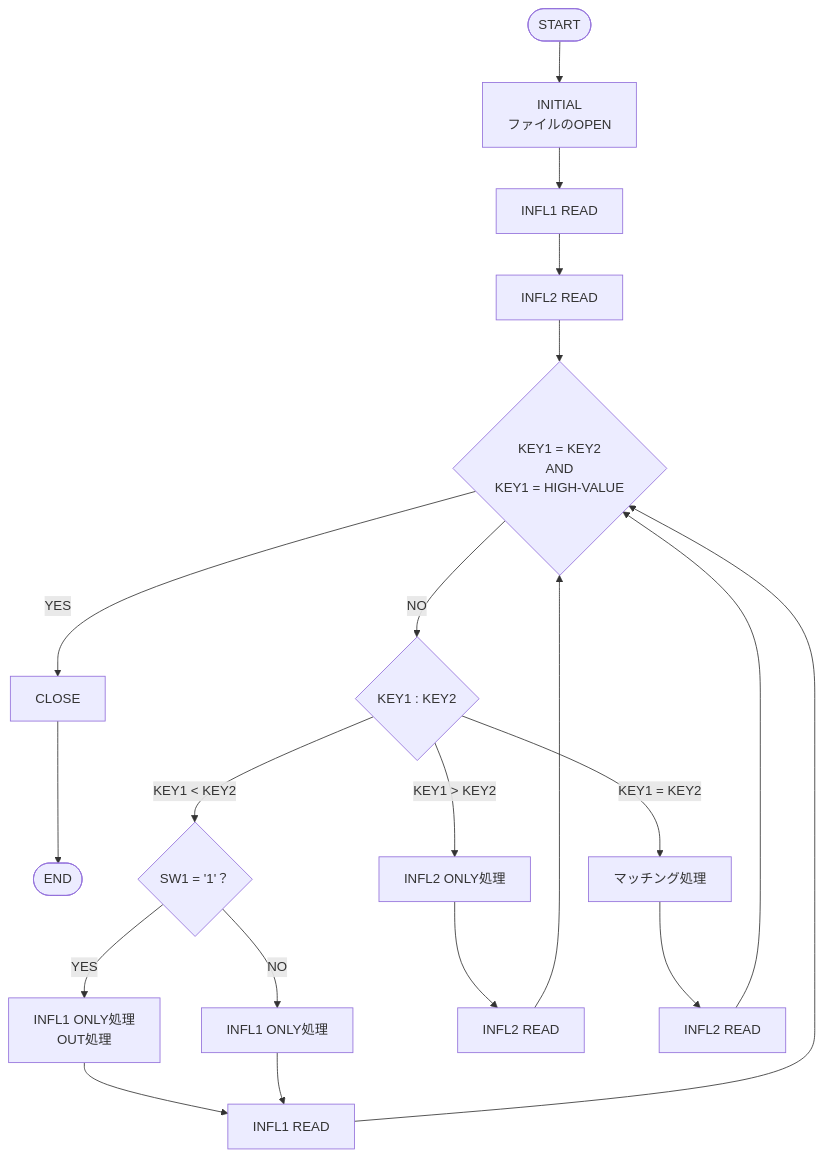
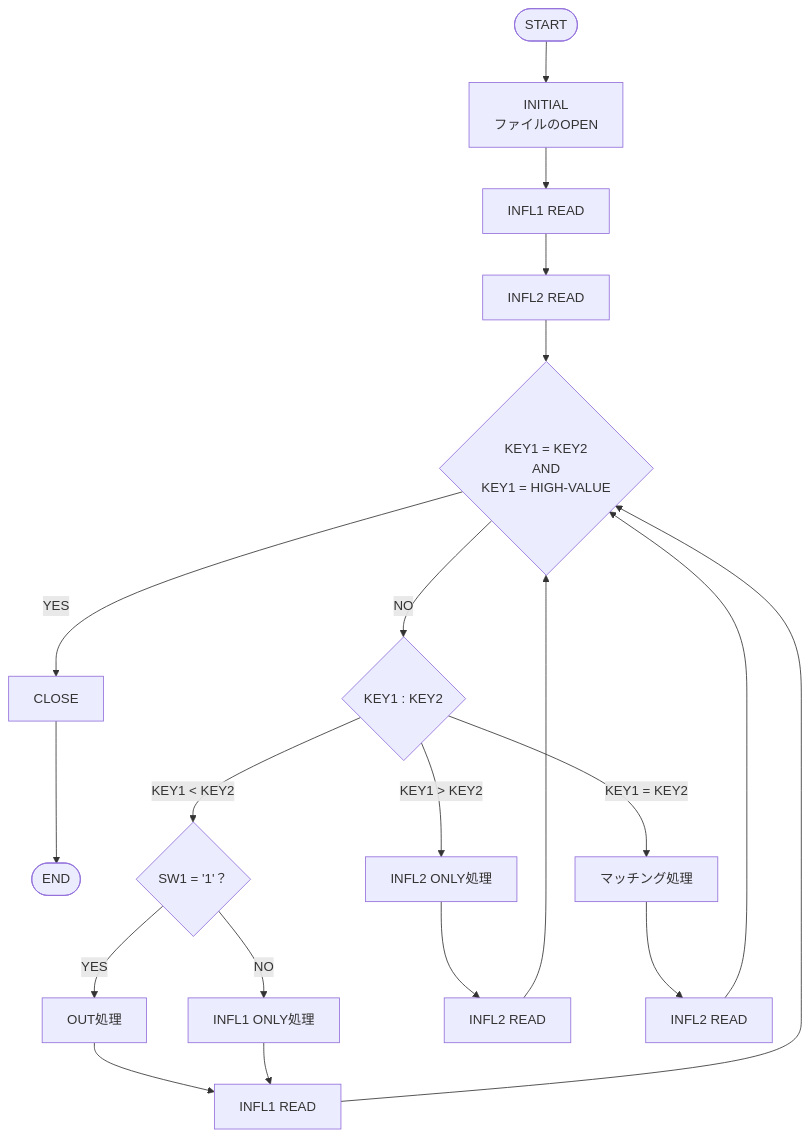
One commit to harunosuke1343-max/COBOL-Textbook changed the third of 13 diagrams in COBOL入門編.md. Above: the diagram before and after it, drawn with Mermaid. The commit also changed other lines of this file, not shown here.

````diff
--- a/COBOL入門編.md
+++ b/COBOL入門編.md
@@ -1566,22 +1652,22 @@
 ```mermaid
 flowchart TD
   START([START]) --> INITIAL[INITIAL<br/>ファイルのOPEN]
   INITIAL --> READ1[INFL1 READ]
   READ1 --> READ2[INFL2 READ]
   READ2 --> CHECK_KEY{KEY1 = KEY2<br/>AND<br/>KEY1 = HIGH-VALUE}
   CHECK_KEY -->|YES| CLOSE[CLOSE]
   CLOSE --> END_([END])
   CHECK_KEY -->|NO| CMP{KEY1 : KEY2}
   CMP -->|KEY1 < KEY2| SW_CHECK{SW1 = '1'？}
-  SW_CHECK -->|YES| INFL1_ONLY[INFL1 ONLY処理<br/>OUT処理]
-  SW_CHECK -->|NO| INFL1_ONLY2[INFL1 ONLY処理]
-  INFL1_ONLY --> READ1B[INFL1 READ]
-  INFL1_ONLY2 --> READ1B
+  SW_CHECK -->|YES| OUT[OUT処理]
+  SW_CHECK -->|NO| INFL1_ONLY[INFL1 ONLY処理]
+  OUT --> READ1B[INFL1 READ]
+  INFL1_ONLY --> READ1B
   CMP -->|KEY1 > KEY2| INFL2_ONLY[INFL2 ONLY処理]
   INFL2_ONLY --> READ2B[INFL2 READ]
   CMP -->|KEY1 = KEY2| MATCH[マッチング処理]
   MATCH --> READ2C[INFL2 READ]
   READ1B --> CHECK_KEY
   READ2B --> CHECK_KEY
   READ2C --> CHECK_KEY
 ```
````
